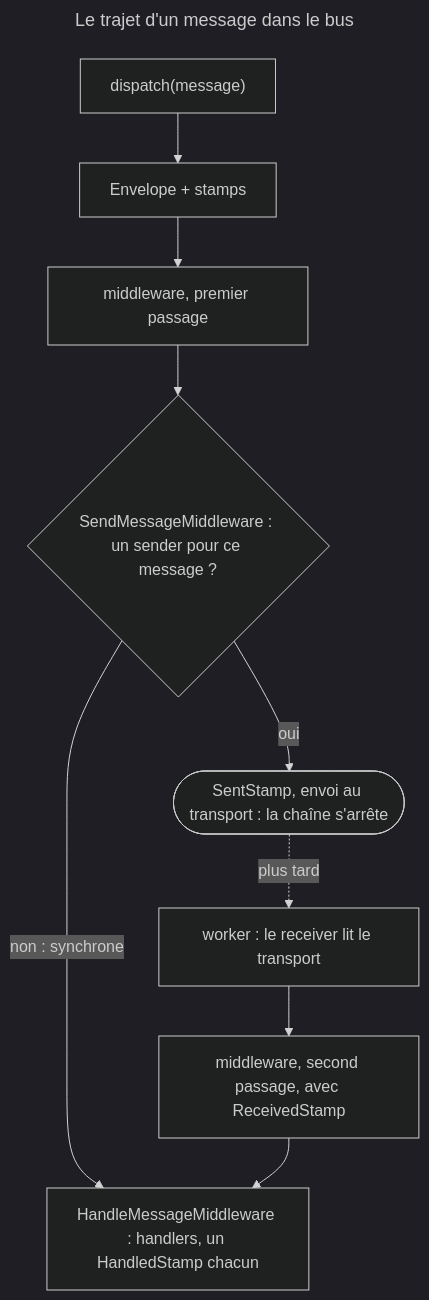
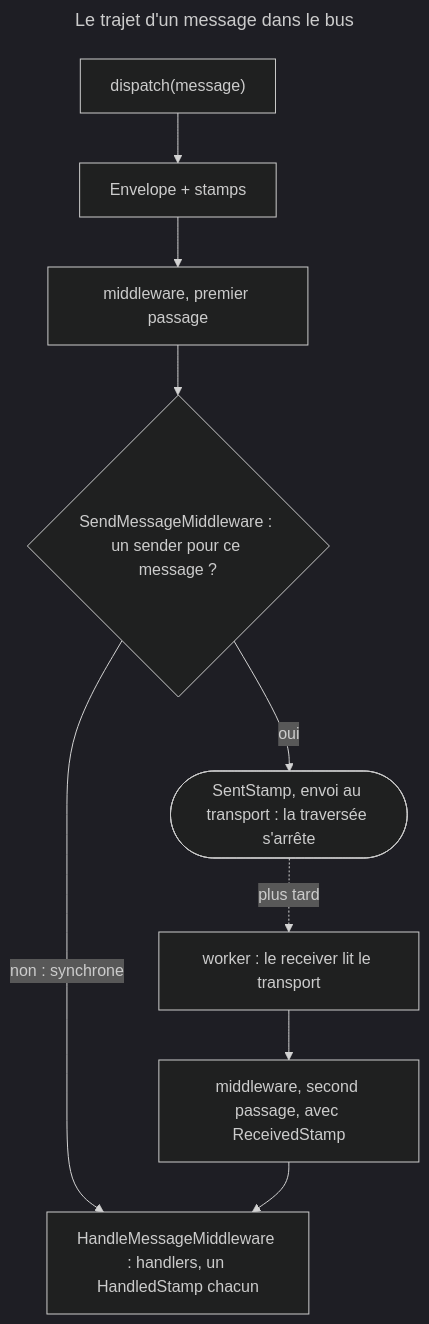
Before and after one commit to jasserYahyaoui/Symfony-8-Certification-Path: the diagram in content/courses/CRS-5gezsra1sp01.md, drawn with Mermaid (dark theme). The commit also changed other lines of this file and 7 other files, not shown here.

````diff
--- a/content/courses/CRS-5gezsra1sp01.md
+++ b/content/courses/CRS-5gezsra1sp01.md
@@ -102,16 +102,16 @@
 ```mermaid
 ---
 title: Le trajet d'un message dans le bus
 ---
 flowchart TD
   accTitle: Le trajet d'un message dispatché, en synchrone et en asynchrone
-  accDescr: dispatch() emballe le message dans une Envelope et la fait traverser les middleware. SendMessageMiddleware cherche un sender pour ce message. Sans sender, la chaîne continue jusqu'à HandleMessageMiddleware, qui appelle les handlers et ajoute un HandledStamp par handler : c'est le cas synchrone. Avec un sender, l'Envelope reçoit un SentStamp, part vers le transport, et la chaîne s'arrête là. Plus tard, un worker lit le transport, redispatche l'Envelope avec un ReceivedStamp : les middleware sont traversés une seconde fois, SendMessageMiddleware ne renvoie pas un message reçu, et HandleMessageMiddleware appelle les handlers.
+  accDescr: dispatch() emballe le message dans une Envelope et la fait traverser les middleware. SendMessageMiddleware cherche un sender pour ce message. Sans sender, la traversée continue jusqu'à HandleMessageMiddleware, qui appelle les handlers et ajoute un HandledStamp par handler : c'est le cas synchrone. Avec un sender, l'Envelope reçoit un SentStamp, part vers le transport, et la traversée s'arrête là. Plus tard, un worker lit le transport, redispatche l'Envelope avec un ReceivedStamp : les middleware sont traversés une seconde fois, SendMessageMiddleware ne renvoie pas un message reçu, et HandleMessageMiddleware appelle les handlers.
   D["dispatch(message)"] --> ENV["Envelope + stamps"]
   ENV --> MW["middleware, premier passage"]
   MW --> SEND{"SendMessageMiddleware : un sender pour ce message ?"}
   SEND -->|"non : synchrone"| HANDLE["HandleMessageMiddleware : handlers, un HandledStamp chacun"]
-  SEND -->|"oui"| SENT(["SentStamp, envoi au transport : la chaîne s'arrête"])
+  SEND -->|"oui"| SENT(["SentStamp, envoi au transport : la traversée s'arrête"])
   SENT -.->|"plus tard"| W["worker : le receiver lit le transport"]
   W --> MW2["middleware, second passage, avec ReceivedStamp"]
   MW2 --> HANDLE
 ```
````
